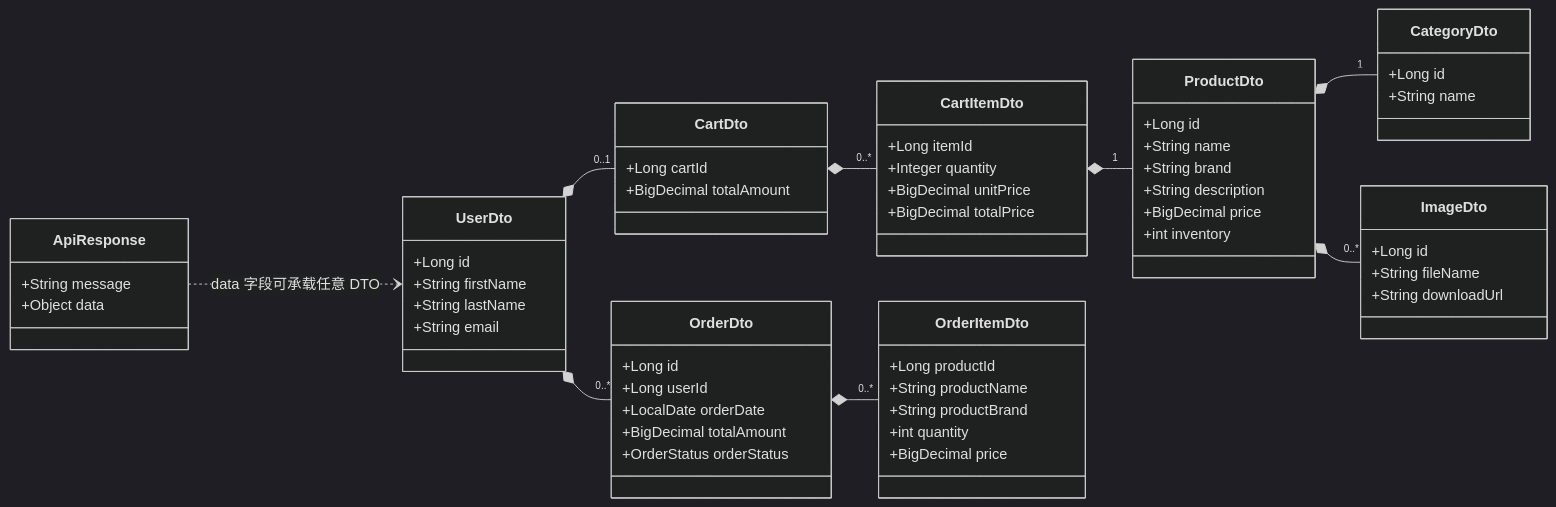
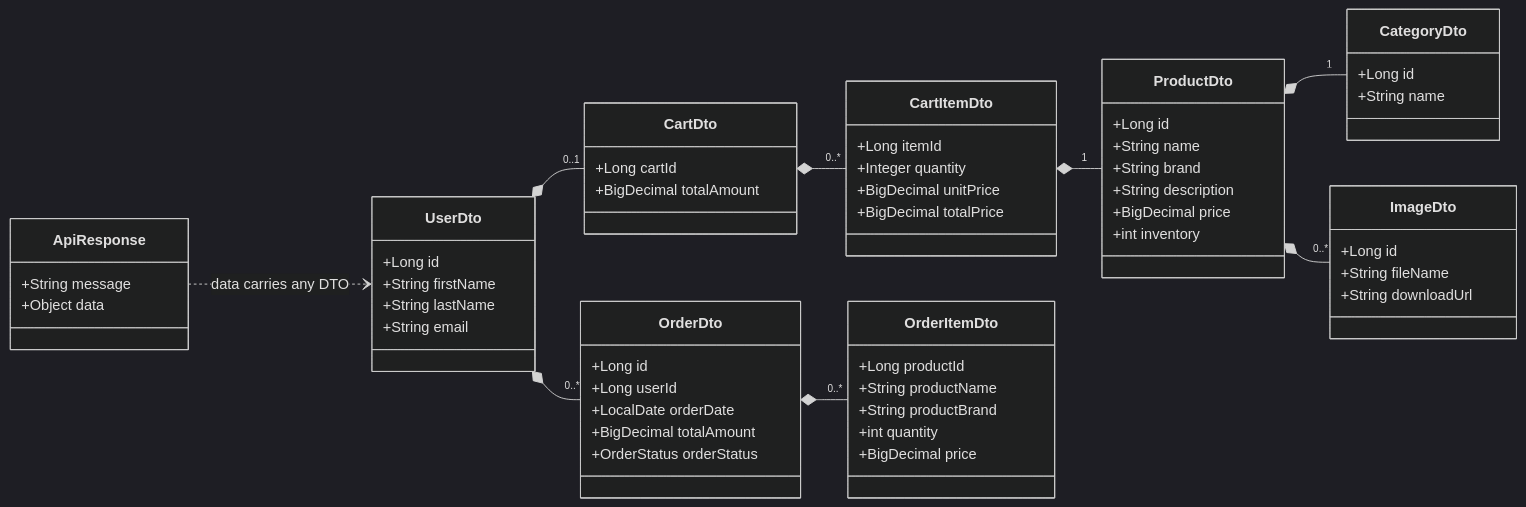
Diagram 16 of 24 in DESIGN.md (Chuan-Qiu/buynowdotcom), drawn with Mermaid (dark theme) before and after one commit. The commit also changed other lines of this file and 26 other files, not shown here.

````diff
--- a/DESIGN.md
+++ b/DESIGN.md
@@ -915,66 +936,66 @@
 ```mermaid
 classDiagram
     direction LR
 
     class ApiResponse {
         +String message
         +Object data
     }
 
     class UserDto {
         +Long id
         +String firstName
         +String lastName
         +String email
     }
     class CartDto {
         +Long cartId
         +BigDecimal totalAmount
     }
     class CartItemDto {
         +Long itemId
         +Integer quantity
         +BigDecimal unitPrice
         +BigDecimal totalPrice
     }
     class OrderDto {
         +Long id
         +Long userId
         +LocalDate orderDate
         +BigDecimal totalAmount
         +OrderStatus orderStatus
     }
     class OrderItemDto {
         +Long productId
         +String productName
         +String productBrand
         +int quantity
         +BigDecimal price
     }
     class ProductDto {
         +Long id
         +String name
         +String brand
         +String description
         +BigDecimal price
         +int inventory
     }
     class CategoryDto {
         +Long id
         +String name
     }
     class ImageDto {
         +Long id
         +String fileName
         +String downloadUrl
     }
 
-    ApiResponse ..> UserDto : data 字段可承载任意 DTO
+    ApiResponse ..> UserDto : data carries any DTO
     UserDto *-- "0..*" OrderDto
     UserDto *-- "0..1" CartDto
     CartDto *-- "0..*" CartItemDto
     CartItemDto *-- "1" ProductDto
     OrderDto *-- "0..*" OrderItemDto
     ProductDto *-- "1" CategoryDto
     ProductDto *-- "0..*" ImageDto
 ```
````
